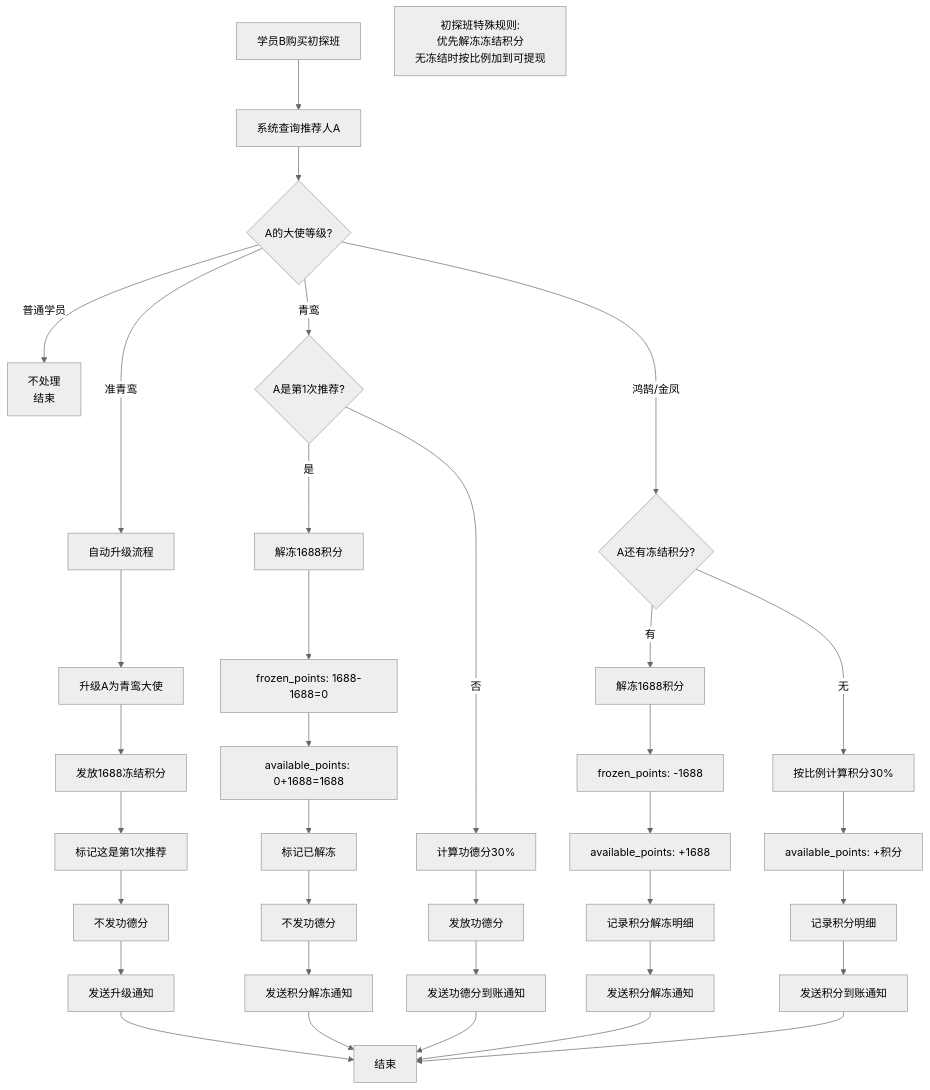
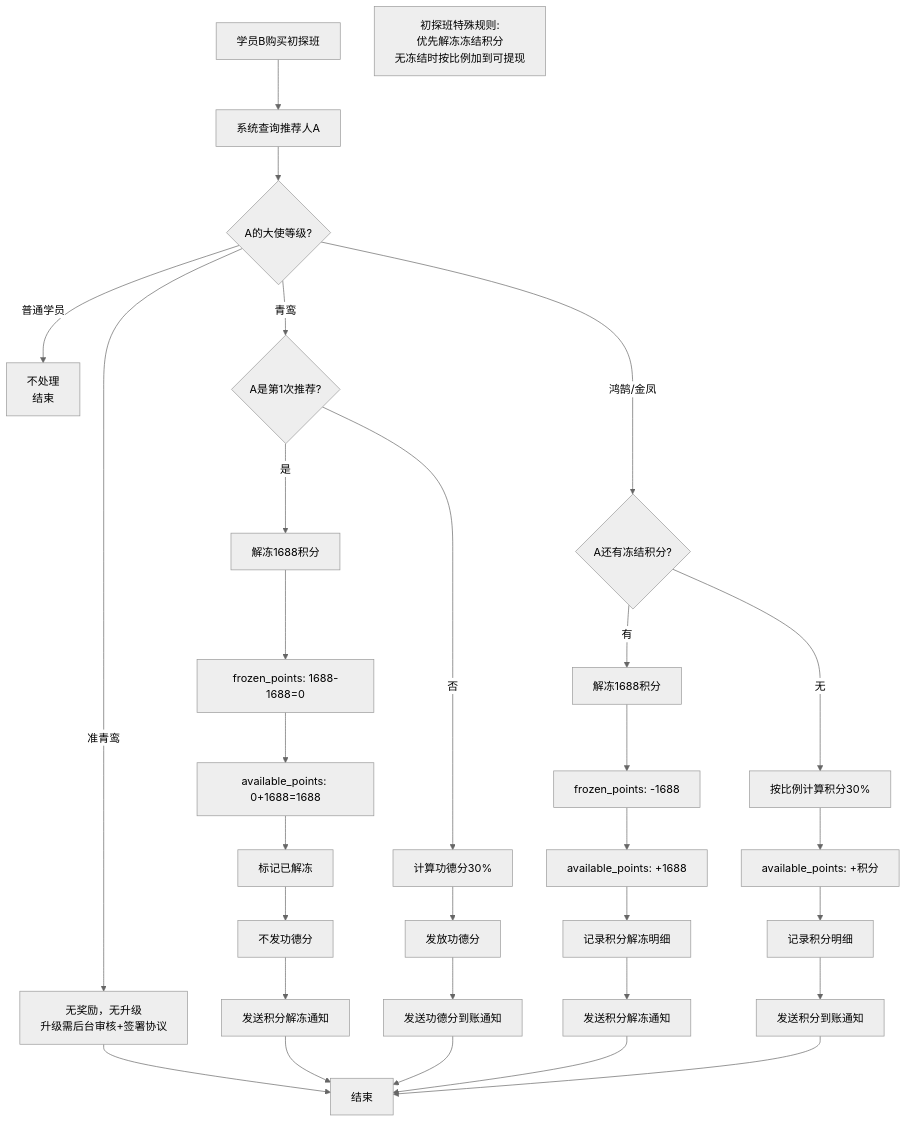
Before and after one commit to richenHe/tiandaowenhua_xcx: diagram 13 of 21 in 需求文档-V2.md, drawn with Mermaid (neutral theme). The commit also changed other lines of this file and 5686 other files, not shown here.

````diff
--- a/需求文档-V2.md
+++ b/需求文档-V2.md
@@ -1517,45 +1609,40 @@
 ```mermaid
 flowchart TD
     A[学员B购买初探班] --> B[系统查询推荐人A]
     B --> C{A的大使等级?}
     
     C -->|普通学员| D[不处理<br/>结束]
     
-    C -->|准青鸾| E[自动升级流程]
-    E --> E1[升级A为青鸾大使]
-    E1 --> E2[发放1688冻结积分]
-    E2 --> E3[标记这是第1次推荐]
-    E3 --> E4[不发功德分]
-    E4 --> E5[发送升级通知]
-    E5 --> Z[结束]
+    C -->|准青鸾| E[无奖励，无升级<br/>升级需后台审核+签署协议]
+    E --> Z[结束]
     
     C -->|青鸾| F0{A是第1次推荐?}
     F0 -->|是| F1[解冻1688积分]
     F1 --> F2[frozen_points: 1688-1688=0]
     F2 --> F3[available_points: 0+1688=1688]
     F3 --> F4[标记已解冻]
     F4 --> F5[不发功德分]
     F5 --> F6[发送积分解冻通知]
     F6 --> Z
     
     F0 -->|否| F7[计算功德分30%]
     F7 --> F8[发放功德分]
     F8 --> F9[发送功德分到账通知]
     F9 --> Z
     
     C -->|鸿鹄/金凤| G{A还有冻结积分?}
     G -->|有| H[解冻1688积分]
     H --> I[frozen_points: -1688]
     I --> J[available_points: +1688]
     J --> K[记录积分解冻明细]
     K --> L[发送积分解冻通知]
     L --> Z
     
     G -->|无| M[按比例计算积分30%]
     M --> N[available_points: +积分]
     N --> O[记录积分明细]
     O --> P[发送积分到账通知]
     P --> Z
     
     note1[初探班特殊规则:<br/>优先解冻冻结积分<br/>无冻结时按比例加到可提现]
 ```
````
